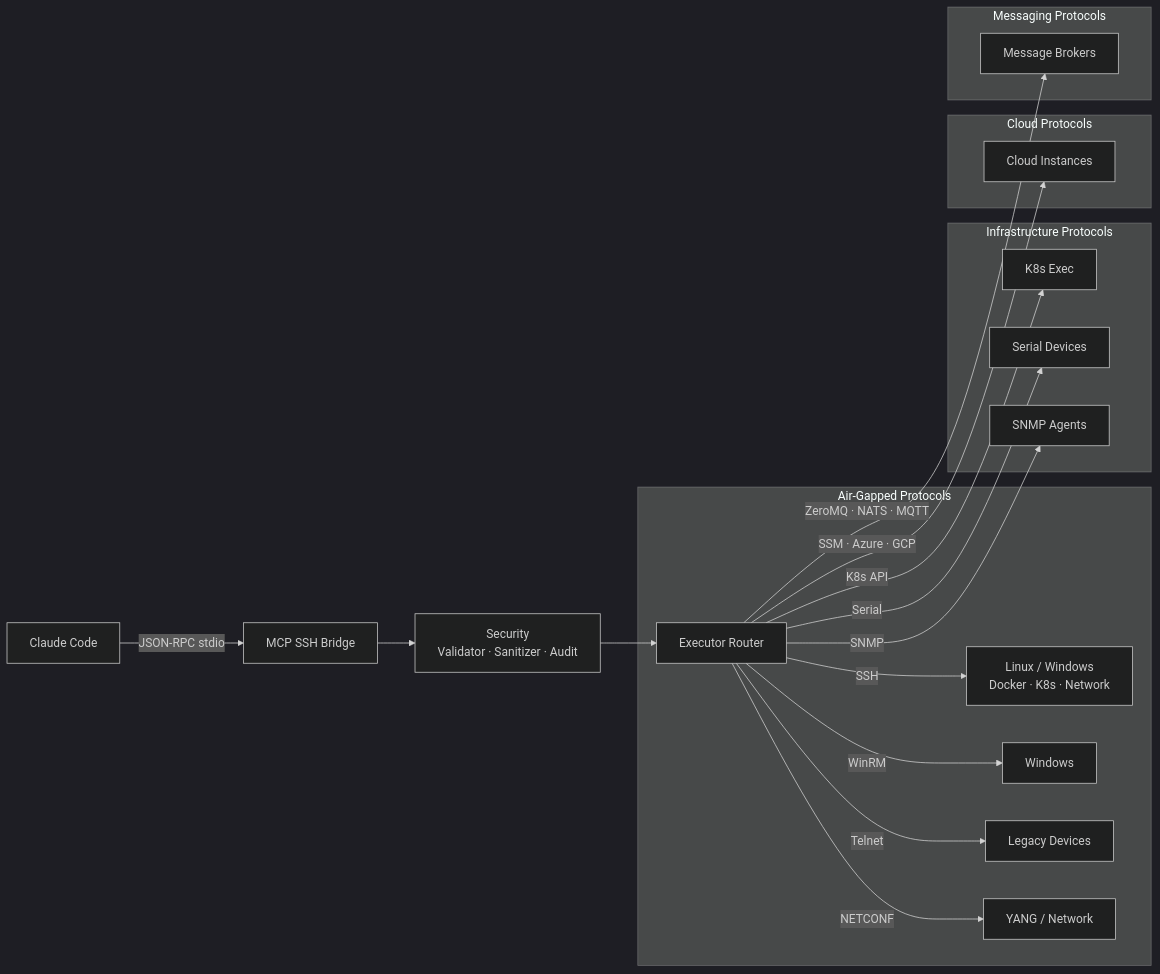
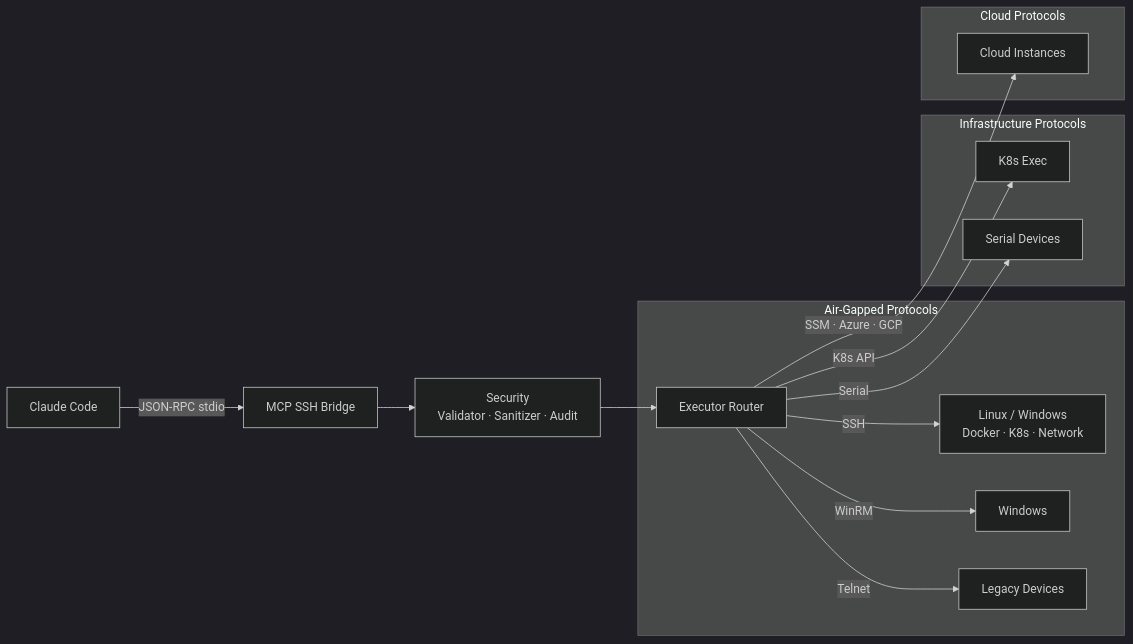
One commit to muchiny/mcp-ssh-bridge changed the diagram in README.md. Above: the diagram before and after it, drawn with Mermaid (dark theme). The commit also changed other lines of this file and 20 other files, not shown here.

````diff
--- a/README.md
+++ b/README.md
@@ -136,28 +136,22 @@
 ```mermaid
 graph LR
     CC[Claude Code] -->|JSON-RPC stdio| BR[MCP SSH Bridge]
 
     BR --> SEC[Security<br/>Validator · Sanitizer · Audit]
     SEC --> ER[Executor Router]
 
     subgraph "Air-Gapped Protocols"
         ER -->|SSH| P1[Linux / Windows<br/>Docker · K8s · Network]
         ER -->|WinRM| P2[Windows]
         ER -->|Telnet| P3[Legacy Devices]
-        ER -->|NETCONF| P4[YANG / Network]
     end
 
     subgraph "Infrastructure Protocols"
         ER -->|K8s API| P6[K8s Exec]
         ER -->|Serial| P7[Serial Devices]
-        ER -->|SNMP| P8[SNMP Agents]
     end
 
     subgraph "Cloud Protocols"
         ER -->|SSM · Azure · GCP| P9[Cloud Instances]
     end
-
-    subgraph "Messaging Protocols"
-        ER -->|ZeroMQ · NATS · MQTT| P10[Message Brokers]
-    end
 ```
````
